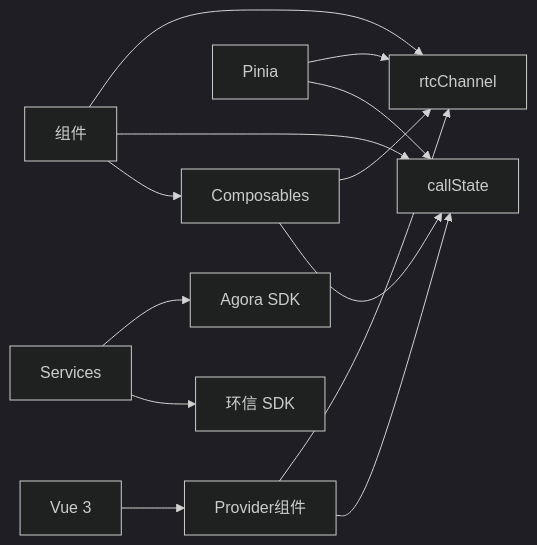
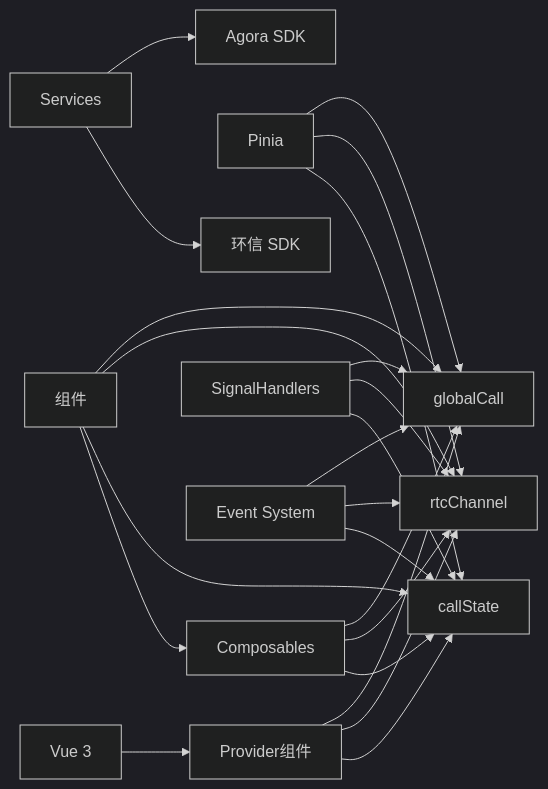
One commit to Easemob-Community/easemob-uikit-callkit-vue3 changed diagram 14 of 14 in .qoder/repowiki/zh/content/架构设计.md. Above: the diagram before and after it, drawn with Mermaid (dark theme). The commit also changed other lines of this file and 58 other files, not shown here.

````diff
--- a/.qoder/repowiki/zh/content/架构设计.md
+++ b/.qoder/repowiki/zh/content/架构设计.md
@@ -283,15 +680,25 @@
 ```mermaid
 graph LR
 Vue["Vue 3"] --> Provider["Provider组件"]
 Pinia["Pinia"] --> Store1["callState"]
 Pinia --> Store2["rtcChannel"]
+Pinia --> Store3["globalCall"]
 Provider --> Store1
 Provider --> Store2
+Provider --> Store3
 Composables["Composables"] --> Store1
 Composables --> Store2
+Composables --> Store3
 Services["Services"] --> SDK1["环信 SDK"]
 Services --> SDK2["Agora SDK"]
+SignalHandlers["SignalHandlers"] --> Store1
+SignalHandlers --> Store2
+SignalHandlers --> Store3
+EventSystem["Event System"] --> Store1
+EventSystem --> Store2
+EventSystem --> Store3
 Components["组件"] --> Composables
 Components --> Store1
 Components --> Store2
+Components --> Store3
 ```
````
